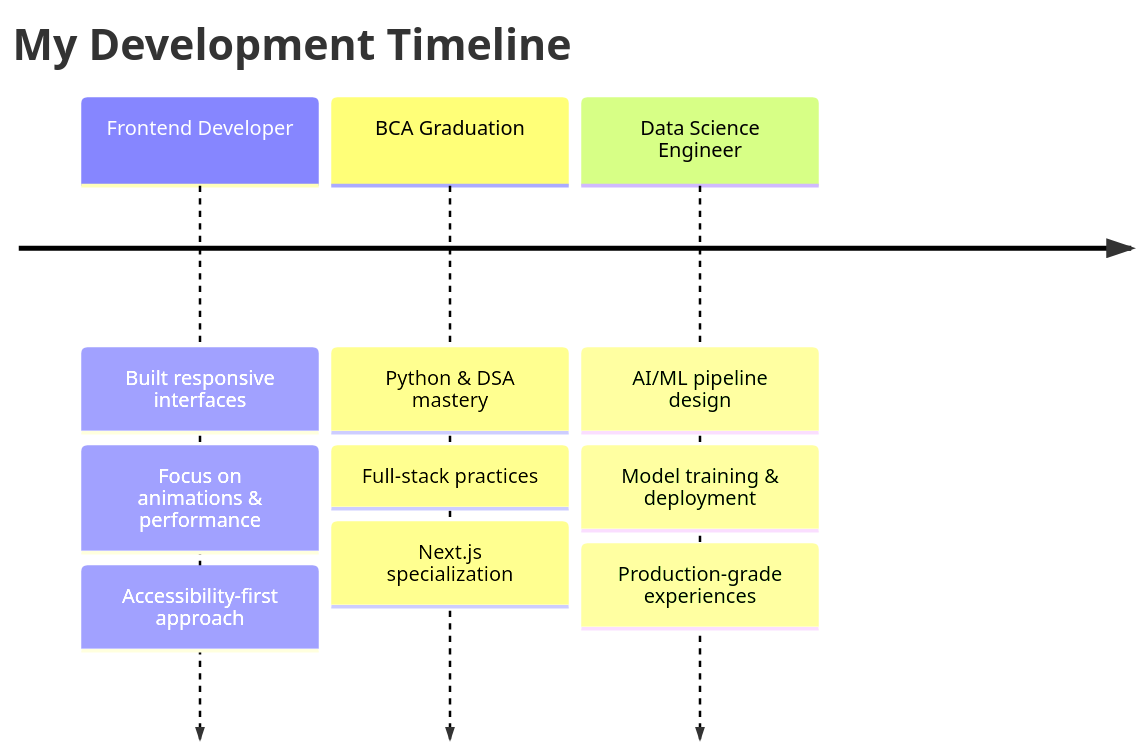
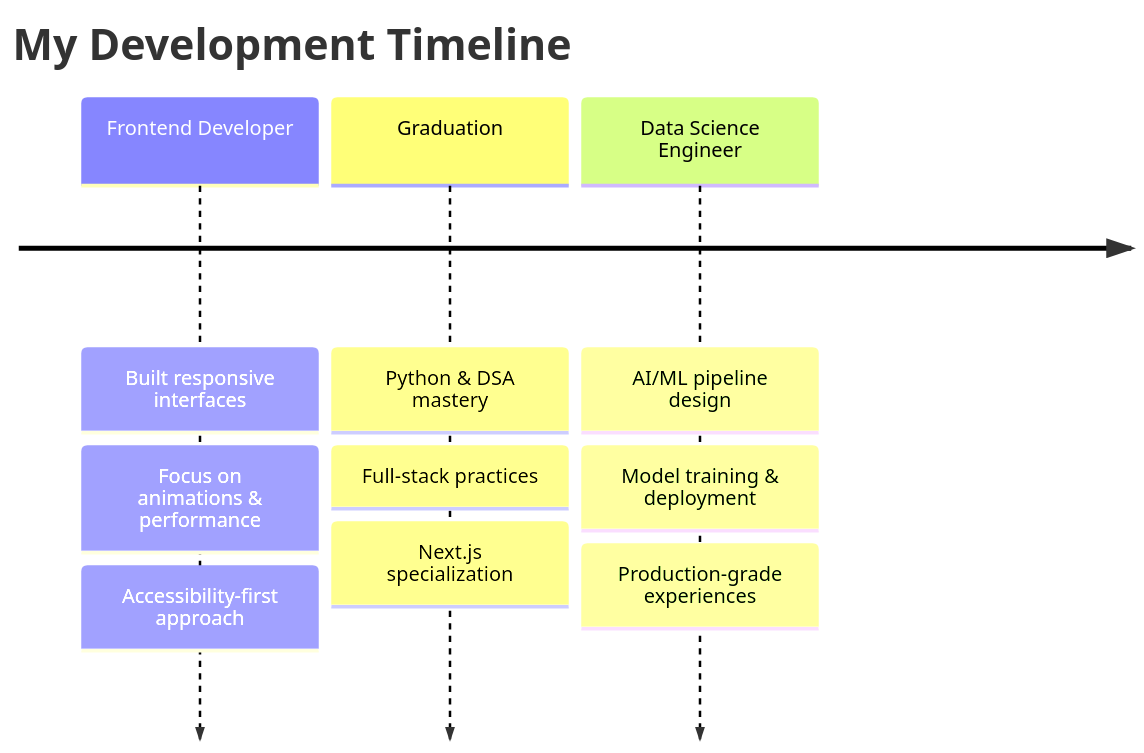
The diagram in README.md (devsujandas/devsujandas), drawn with Mermaid before and after one commit. The commit also changed other lines of this file, not shown here.

````diff
--- a/README.md
+++ b/README.md
@@ -64,16 +48,16 @@
 ```mermaid
 timeline
     title My Development Timeline
     
     Frontend Developer    : Built responsive interfaces
                           : Focus on animations & performance
                           : Accessibility-first approach
     
-    BCA Graduation       : Python & DSA mastery
+    Graduation       : Python & DSA mastery
                          : Full-stack practices
                          : Next.js specialization
     
     Data Science Engineer : AI/ML pipeline design
                           : Model training & deployment
                           : Production-grade experiences
 ```
````
